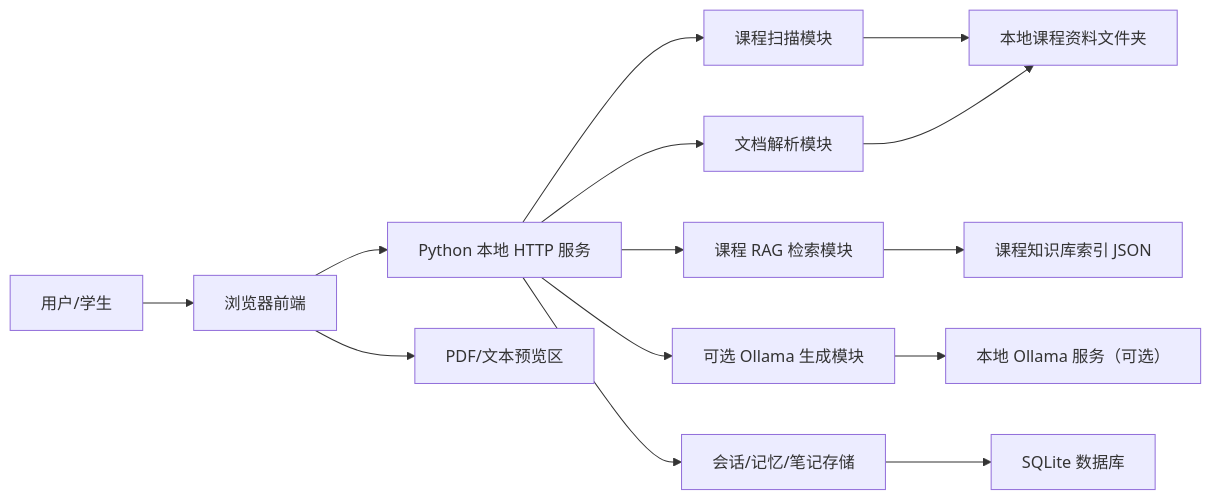
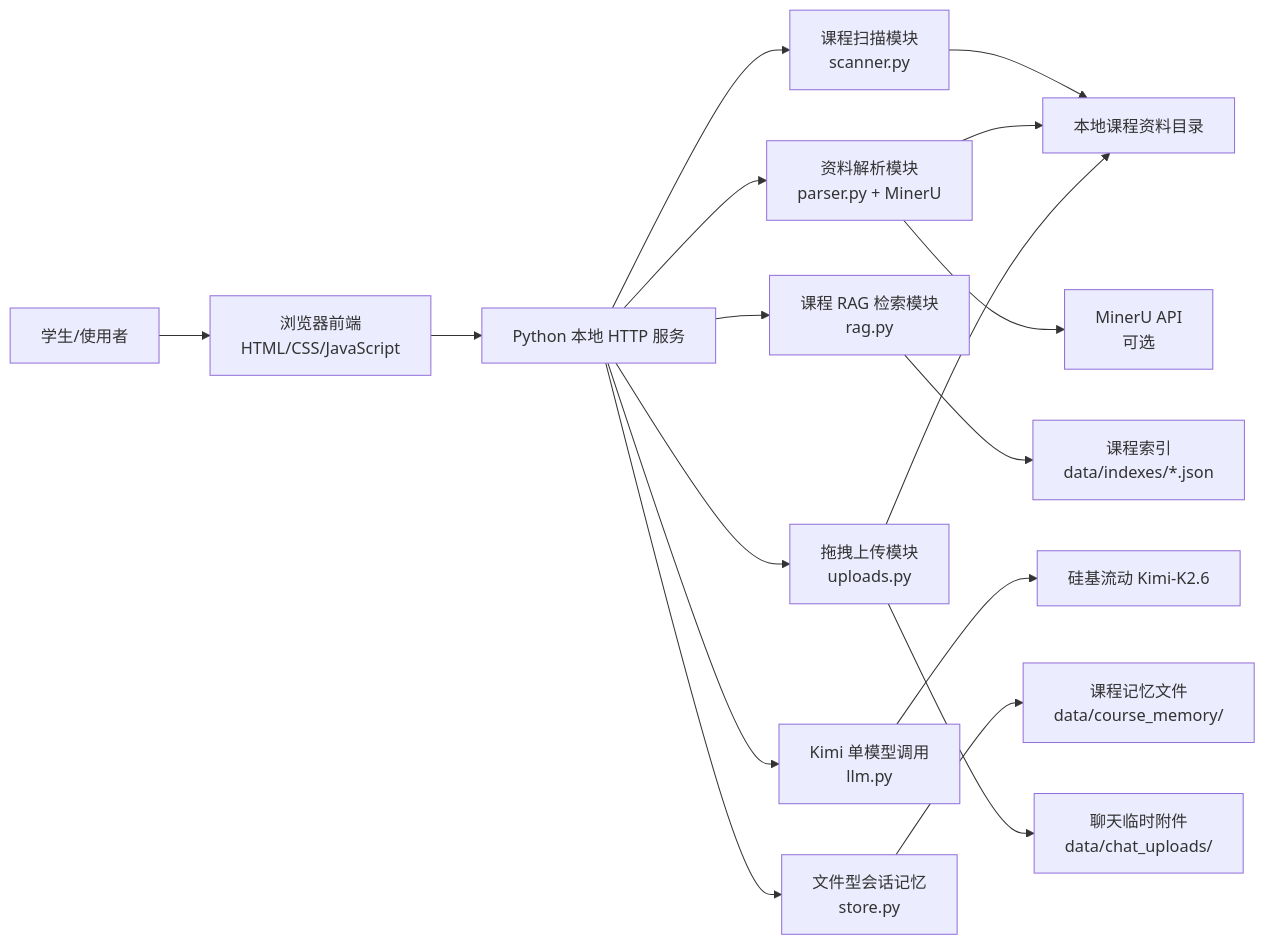
One commit to LuMH1027/ai-learn-assistant changed the first of 8 diagrams in docs/系统设计.md. Above: the diagram before and after it, drawn with Mermaid. The commit also changed other lines of this file and 14 other files, not shown here.

````diff
--- a/docs/系统设计.md
+++ b/docs/系统设计.md
@@ -7,16 +7,21 @@
 ```mermaid
 flowchart LR
-    User["用户/学生"] --> Browser["浏览器前端"]
+    User["学生/使用者"] --> Browser["浏览器前端<br/>HTML/CSS/JavaScript"]
     Browser --> API["Python 本地 HTTP 服务"]
-    API --> Scanner["课程扫描模块"]
-    API --> Parser["文档解析模块"]
-    API --> RAG["课程 RAG 检索模块"]
-    API --> LLM["可选 Ollama 生成模块"]
-    API --> Store["会话/记忆/笔记存储"]
-    Scanner --> LocalFiles["本地课程资料文件夹"]
-    Parser --> LocalFiles
-    RAG --> Index["课程知识库索引 JSON"]
-    LLM --> Ollama["本地 Ollama 服务（可选）"]
-    Store --> SQLite["SQLite 数据库"]
-    Browser --> Preview["PDF/文本预览区"]
+
+    API --> Scanner["课程扫描模块<br/>scanner.py"]
+    API --> Parser["资料解析模块<br/>parser.py + MinerU"]
+    API --> RAG["课程 RAG 检索模块<br/>rag.py"]
+    API --> LLM["Kimi 单模型调用<br/>llm.py"]
+    API --> Store["文件型会话记忆<br/>store.py"]
+    API --> Upload["拖拽上传模块<br/>uploads.py"]
+
+    Scanner --> CourseFiles["本地课程资料目录"]
+    Parser --> CourseFiles
+    Upload --> CourseFiles
+    Upload --> ChatUploads["聊天临时附件<br/>data/chat_uploads/"]
+    RAG --> Index["课程索引<br/>data/indexes/*.json"]
+    Store --> MemoryFiles["课程记忆文件<br/>data/course_memory/"]
+    LLM --> Kimi["硅基流动 Kimi-K2.6"]
+    Parser --> MinerU["MinerU API<br/>可选"]
 ```
````
